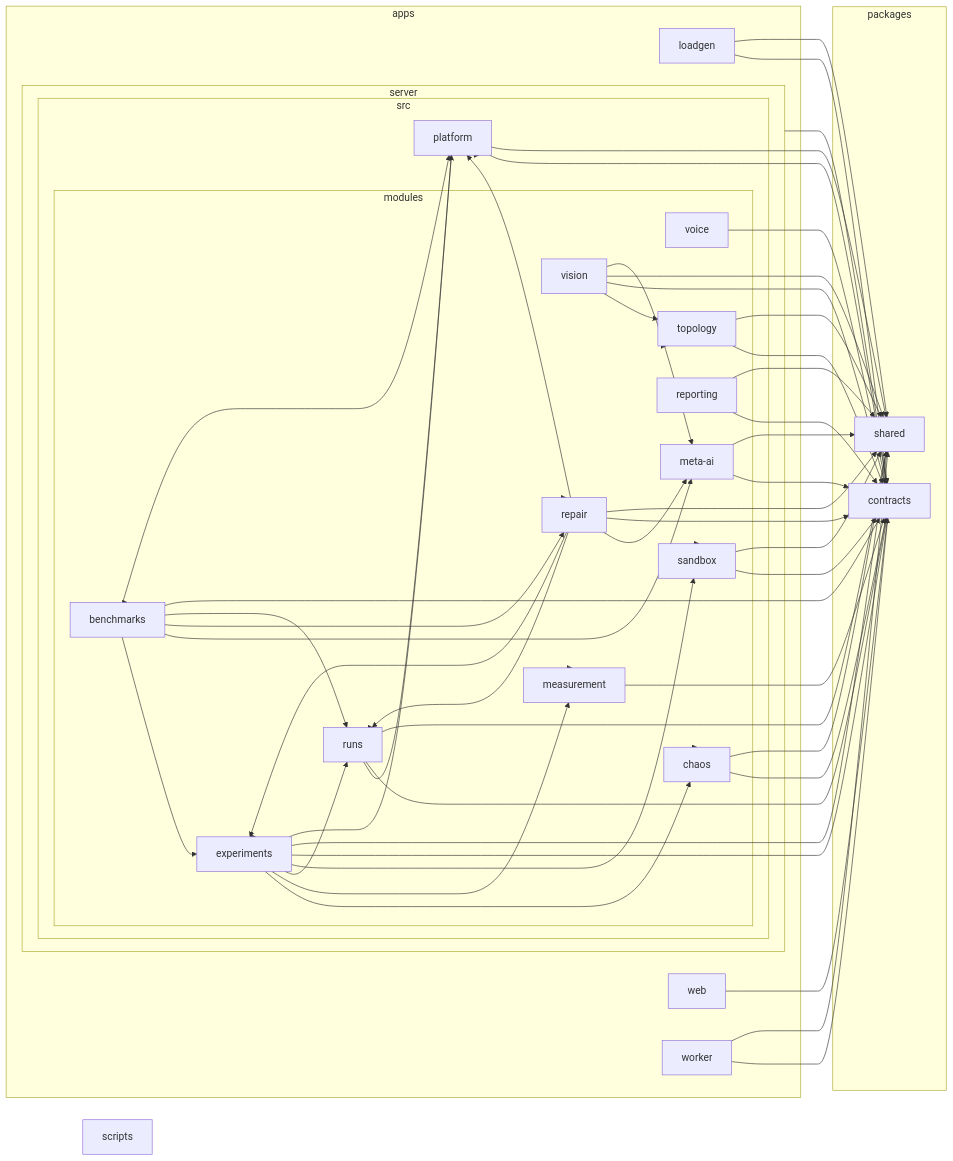
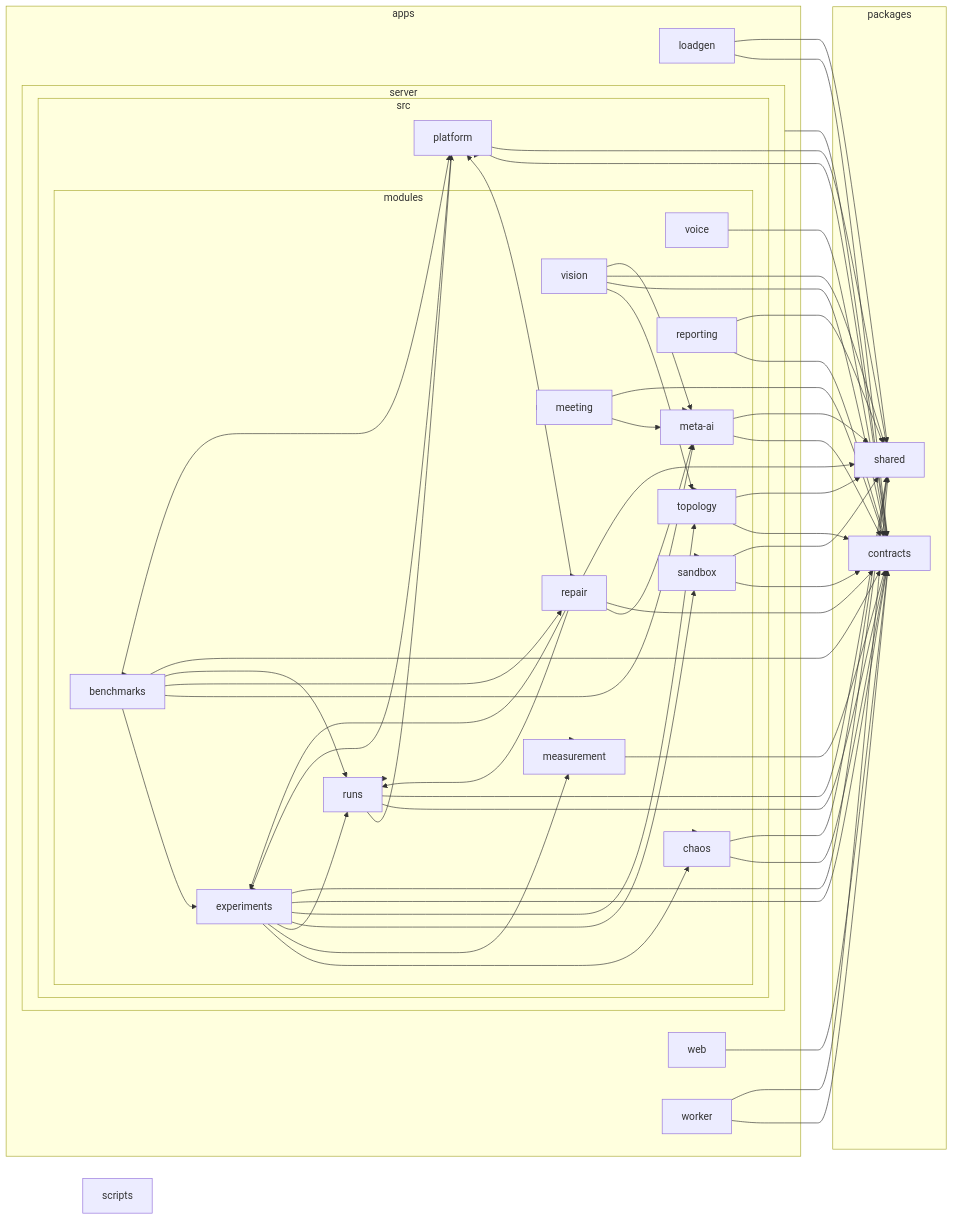
Before and after one commit to Jagdish-Padhi/EchmaMeet: the diagram in docs/architecture.md, drawn with Mermaid. The commit also changed 27 other files, not shown here.

Commit message:
refactor: update architecture with Meta models, benchmark suite, and voice bridge

````diff
--- a/docs/architecture.md
+++ b/docs/architecture.md
@@ -67,28 +67,29 @@
 6["chaos"]
 7["experiments"]
 8["measurement"]
-9["meta-ai"]
-A["repair"]
-B["reporting"]
-C["runs"]
-D["sandbox"]
-E["topology"]
-F["vision"]
-G["voice"]
+9["meeting"]
+A["meta-ai"]
+B["repair"]
+C["reporting"]
+D["runs"]
+E["sandbox"]
+F["topology"]
+G["vision"]
+H["voice"]
 end
-H["platform"]
+I["platform"]
 end
 end
-I["web"]
-J["worker"]
+J["web"]
+K["worker"]
 end
-subgraph K["packages"]
-L["contracts"]
-M["shared"]
+subgraph L["packages"]
+M["contracts"]
+N["shared"]
 end
-N["scripts"]
-1-->L
+O["scripts"]
 1-->M
+1-->N
 2-->5
 2-->6
 2-->7
@@ -97,53 +98,57 @@
 2-->A
 2-->B
 2-->C
-2-->E
+2-->D
 2-->F
 2-->G
 2-->H
-2-->L
-2-->D
+2-->I
+2-->M
+2-->E
 5-->7
-5-->9
 5-->A
-5-->C
-5-->L
-5-->H
-6-->L
+5-->B
+5-->D
+5-->M
+5-->I
 6-->M
+6-->N
 7-->6
 7-->8
-7-->C
 7-->D
-7-->L
+7-->E
+7-->F
 7-->M
-7-->H
-8-->L
-9-->L
+7-->N
+7-->I
+8-->M
+9-->A
 9-->M
-A-->7
-A-->9
-A-->C
-A-->L
 A-->M
-A-->H
-B-->L
+A-->N
+B-->7
+B-->A
+B-->D
 B-->M
-C-->H
-C-->L
+B-->N
+B-->I
 C-->M
-D-->L
+C-->N
+D-->I
 D-->M
-E-->L
+D-->N
 E-->M
-F-->E
-F-->L
+E-->N
 F-->M
-F-->9
-G-->L
-H-->L
+F-->N
+G-->F
+G-->M
+G-->N
+G-->A
 H-->M
-I-->L
-J-->L
+I-->M
+I-->N
 J-->M
+K-->M
+K-->N
 ```
````
